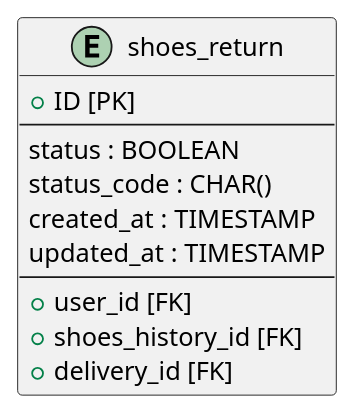
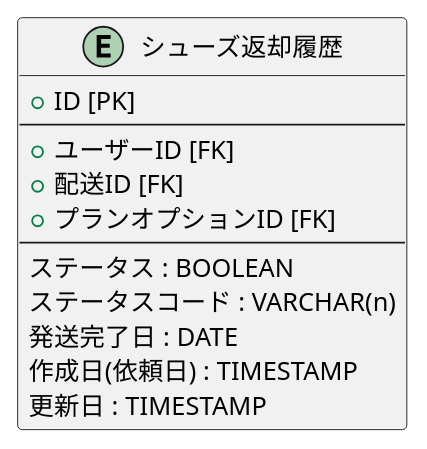
The diagram in db/shoes_return.pu (mybz-inc/sneaker), drawn with PlantUML before and after one commit. The commit also changed 17 other files, not shown here.

```diff
--- a/db/shoes_return.pu
+++ b/db/shoes_return.pu
@@ -1,14 +1,15 @@
-@startuml shoes_return
-entity shoes_return {
+@startuml シューズ返却履歴
+entity シューズ返却履歴 {
   + ID [PK]
   --
-  status : BOOLEAN
-  status_code : CHAR()
-  created_at : TIMESTAMP
-  updated_at : TIMESTAMP
+  + ユーザーID [FK]
+  + 配送ID [FK]
+  + プランオプションID [FK]
   --
-  + user_id [FK]
-  + shoes_history_id [FK]
-  + delivery_id [FK]
+  ステータス : BOOLEAN
+  ステータスコード : VARCHAR(n)
+  発送完了日 : DATE
+  作成日(依頼日) : TIMESTAMP
+  更新日 : TIMESTAMP
 }
 @enduml
```
